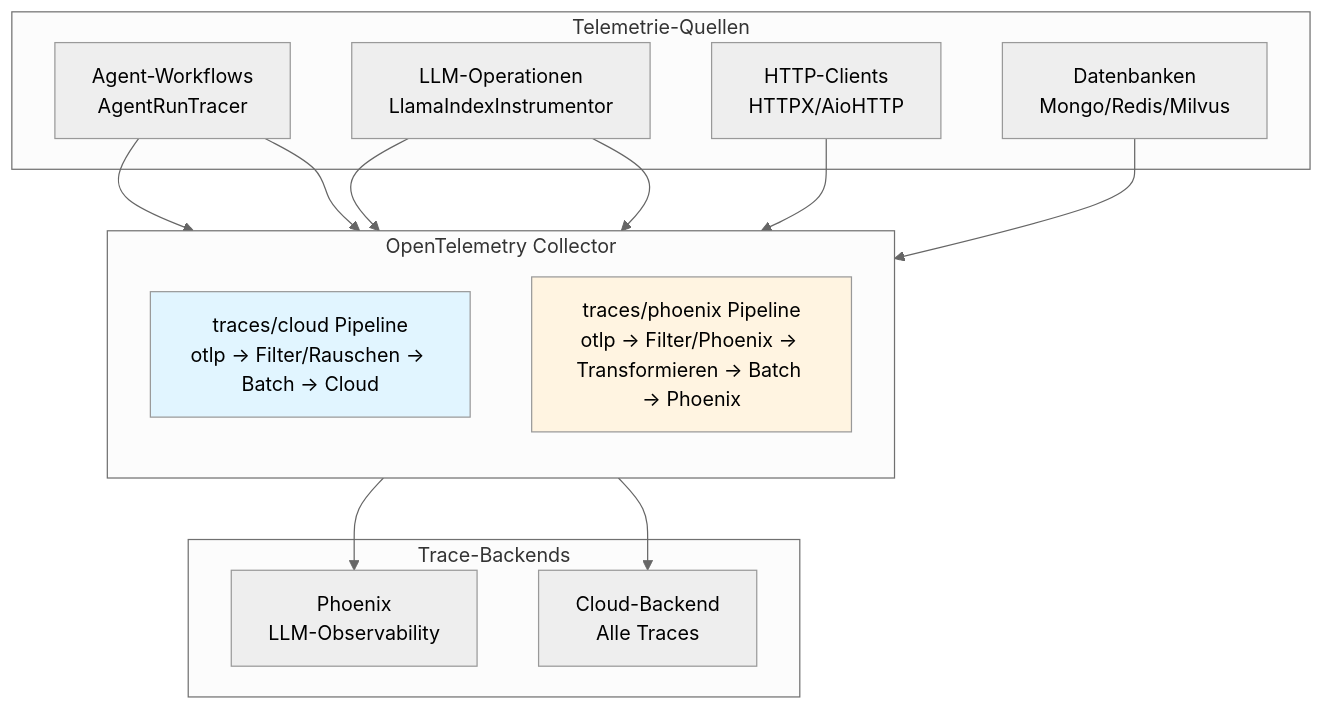
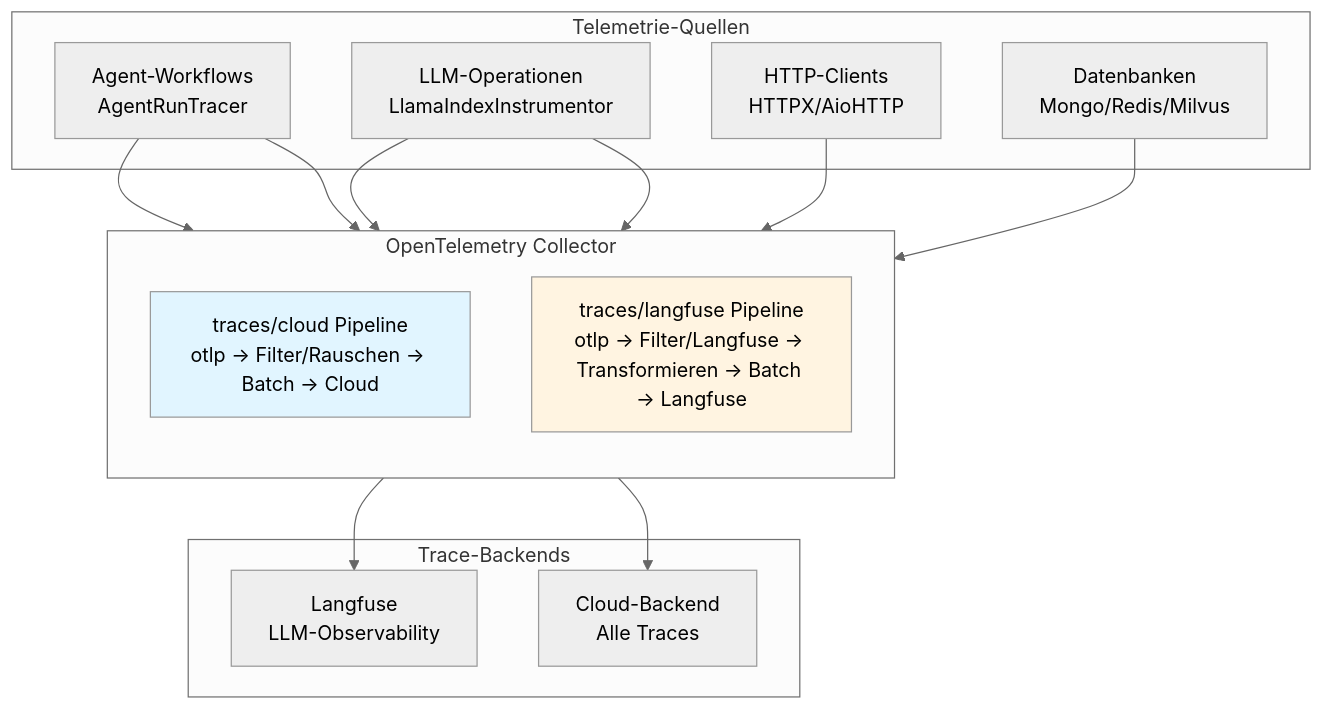
One commit to bbvch-ai/aihub-core changed the first of 2 diagrams in aihub_doc/docs/2_platform/12_auditing/2_low_level_traces/index.de.md. Above: the diagram before and after it, drawn with Mermaid (neutral theme). The commit also changed other lines of this file and 51 other files, not shown here.

First line of the commit message:
chore(docs): replace Phoenix references with Langfuse across documentation

````diff
--- a/aihub_doc/docs/2_platform/12_auditing/2_low_level_traces/index.de.md
+++ b/aihub_doc/docs/2_platform/12_auditing/2_low_level_traces/index.de.md
@@ -165,33 +165,33 @@
 ```mermaid
 graph TB
     subgraph Sources["Telemetrie-Quellen"]
         Agents[Agent-Workflows<br/>AgentRunTracer]
         LLM[LLM-Operationen<br/>LlamaIndexInstrumentor]
         HTTP[HTTP-Clients<br/>HTTPX/AioHTTP]
         DBs[Datenbanken<br/>Mongo/Redis/Milvus]
     end
 
     subgraph Collector["OpenTelemetry Collector"]
         direction TB
         CloudPipeline[traces/cloud Pipeline<br/>otlp → Filter/Rauschen → Batch → Cloud]
-        PhoenixPipeline[traces/phoenix Pipeline<br/>otlp → Filter/Phoenix → Transformieren → Batch → Phoenix]
+        LangfusePipeline[traces/langfuse Pipeline<br/>otlp → Filter/Langfuse → Transformieren → Batch → Langfuse]
     end
 
     subgraph Backends["Trace-Backends"]
-        Phoenix[Phoenix<br/>LLM-Observability]
+        Langfuse[Langfuse<br/>LLM-Observability]
         Cloud[Cloud-Backend<br/>Alle Traces]
     end
 
     Agents --> CloudPipeline
-    Agents --> PhoenixPipeline
+    Agents --> LangfusePipeline
     LLM --> CloudPipeline
-    LLM --> PhoenixPipeline
+    LLM --> LangfusePipeline
     HTTP --> CloudPipeline
     DBs --> CloudPipeline
 
     CloudPipeline --> Cloud
-    PhoenixPipeline --> Phoenix
+    LangfusePipeline --> Langfuse
 
     style CloudPipeline fill:#e1f5ff
-    style PhoenixPipeline fill:#fff4e1
+    style LangfusePipeline fill:#fff4e1
 ```
````
